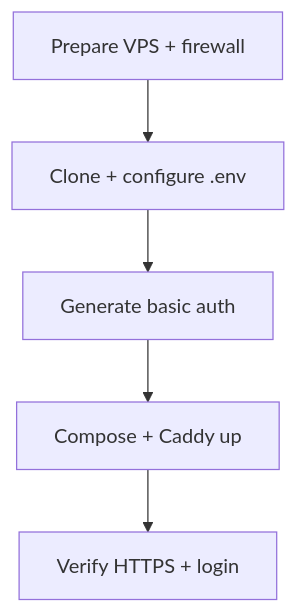
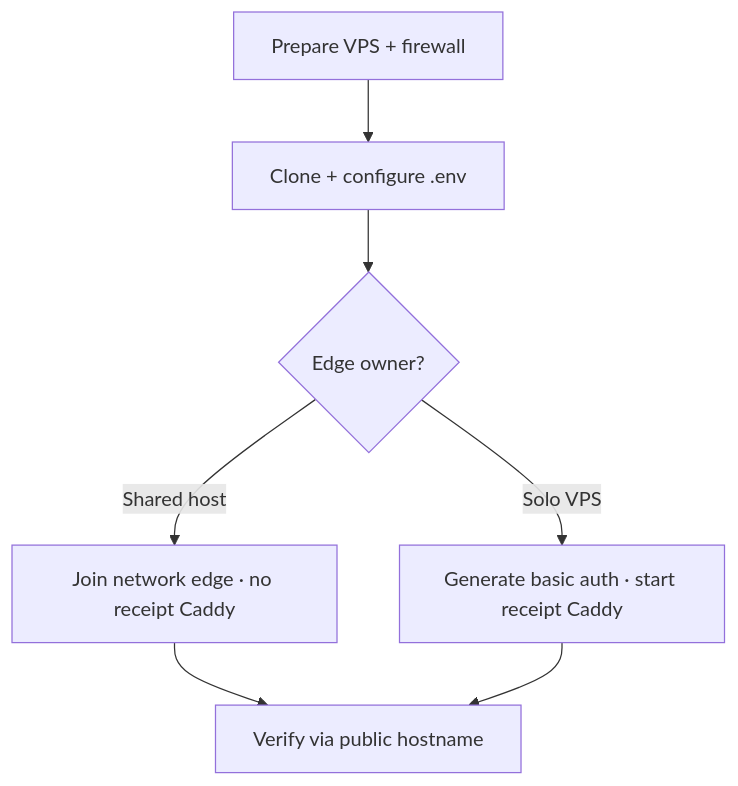
The diagram in DEPLOYMENT.md (RoxanaTapia/receipt-intelligence-demo), drawn with Mermaid before and after one commit. The commit also changed other lines of this file and 1 other file, not shown here.

First line of the commit message:
Document shared-host path and portfolio hostname env vars.

````diff
--- a/DEPLOYMENT.md
+++ b/DEPLOYMENT.md
@@ -7,7 +16,9 @@
 ```mermaid
 flowchart TD
   prep[Prepare VPS + firewall] --> env[Clone + configure .env]
-  env --> auth[Generate basic auth]
-  auth --> up[Compose + Caddy up]
-  up --> verify[Verify HTTPS + login]
+  env --> choose{Edge owner?}
+  choose -->|Shared host| edge[Join network edge · no receipt Caddy]
+  choose -->|Solo VPS| auth[Generate basic auth · start receipt Caddy]
+  edge --> verify[Verify via public hostname]
+  auth --> verify
 ```
````
